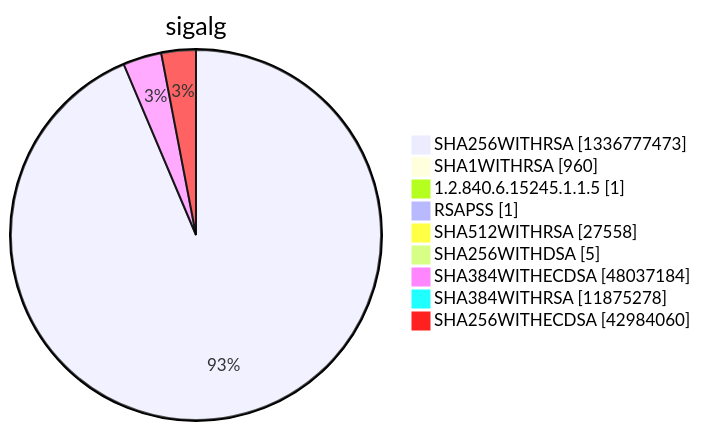
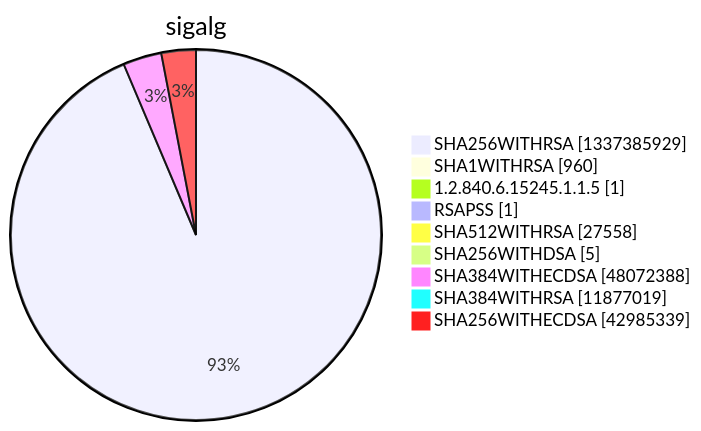
Diagram 15 of 15 in argon2022/README.md (christiankrug/ctmonitor_visualization), drawn with Mermaid before and after one commit. The commit also changed other lines of this file, not shown here.

````diff
--- a/argon2022/README.md
+++ b/argon2022/README.md
@@ -5524,13 +5524,13 @@
 ```mermaid
 pie showData
 title sigalg
-"SHA256WITHRSA" :1336777473
+"SHA256WITHRSA" :1337385929
 "SHA1WITHRSA" :960
 "1.2.840.6.15245.1.1.5" :1
 "RSAPSS" :1
 "SHA512WITHRSA" :27558
 "SHA256WITHDSA" :5
-"SHA384WITHECDSA" :48037184
-"SHA384WITHRSA" :11875278
-"SHA256WITHECDSA" :42984060
+"SHA384WITHECDSA" :48072388
+"SHA384WITHRSA" :11877019
+"SHA256WITHECDSA" :42985339
 ```
````
